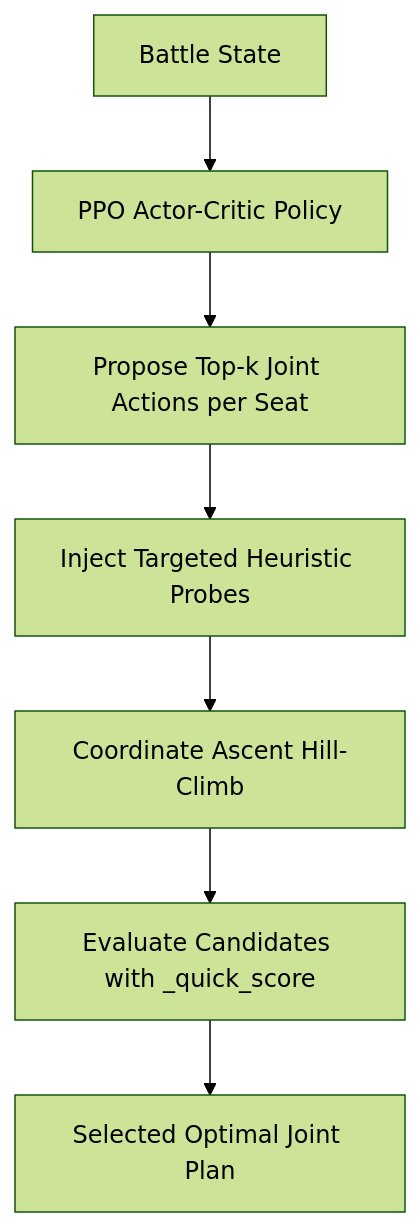
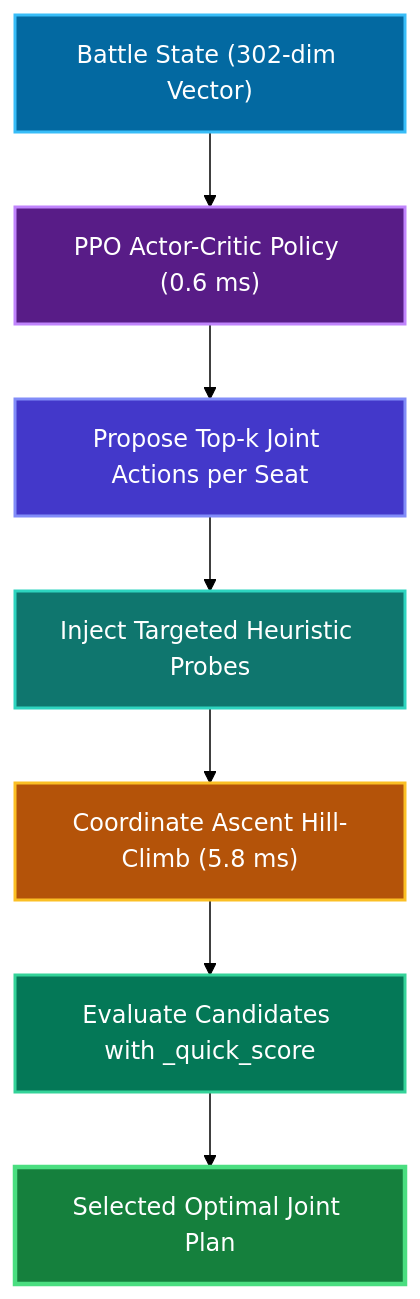
The third of 3 diagrams in README.md (Angle-Brackets/TTRSolver), drawn with Mermaid (forest theme) before and after one commit. The commit also changed other lines of this file and 7 other files, not shown here.

````diff
--- a/README.md
+++ b/README.md
@@ -202,9 +224,25 @@
 ```mermaid
 flowchart TD
-    S[Battle State] --> PPO[PPO Actor-Critic Policy]
-    PPO --> P[Propose Top-k Joint Actions per Seat]
-    P --> PR[Inject Targeted Heuristic Probes]
-    PR --> CLIMB[Coordinate Ascent Hill-Climb]
+    classDef stateNode fill:#0369a1,stroke:#38bdf8,stroke-width:2px,color:#ffffff
+    classDef ppoNode fill:#581c87,stroke:#c084fc,stroke-width:2px,color:#ffffff
+    classDef menuNode fill:#4338ca,stroke:#818cf8,stroke-width:2px,color:#ffffff
+    classDef probeNode fill:#0f766e,stroke:#2dd4bf,stroke-width:2px,color:#ffffff
+    classDef climbNode fill:#b45309,stroke:#fbbf24,stroke-width:2px,color:#ffffff
+    classDef evalNode fill:#047857,stroke:#34d399,stroke-width:2px,color:#ffffff
+    classDef outNode fill:#15803d,stroke:#4ade80,stroke-width:3px,color:#ffffff
+
+    S["Battle State (302-dim Vector)"] --> PPO["PPO Actor-Critic Policy (0.6 ms)"]
+    PPO --> P["Propose Top-k Joint Actions per Seat"]
+    P --> PR["Inject Targeted Heuristic Probes"]
+    PR --> CLIMB["Coordinate Ascent Hill-Climb (5.8 ms)"]
     CLIMB --> EVAL["Evaluate Candidates with _quick_score"]
-    EVAL --> OUT[Selected Optimal Joint Plan]
+    EVAL --> OUT["Selected Optimal Joint Plan"]
+
+    class S stateNode
+    class PPO ppoNode
+    class P menuNode
+    class PR probeNode
+    class CLIMB climbNode
+    class EVAL evalNode
+    class OUT outNode
 ```
````
